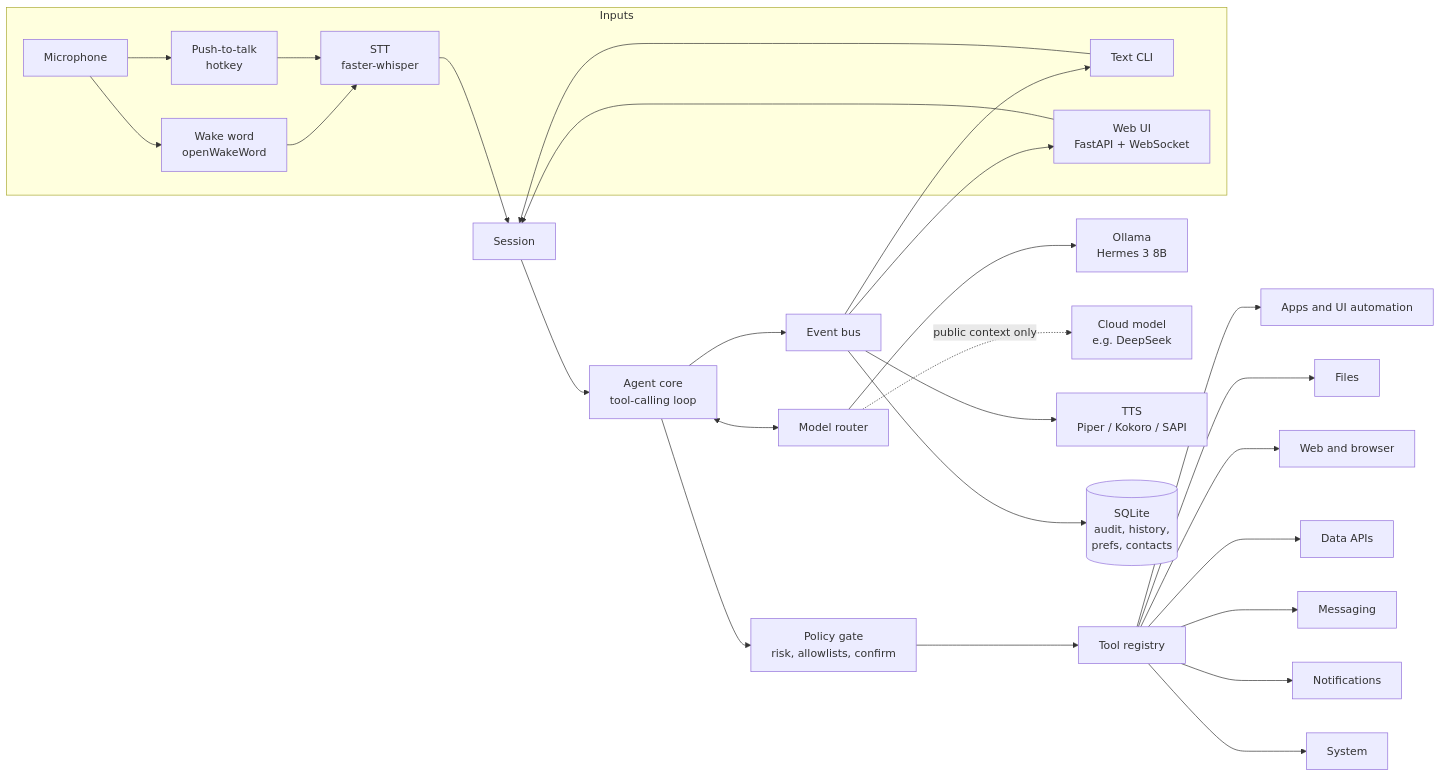
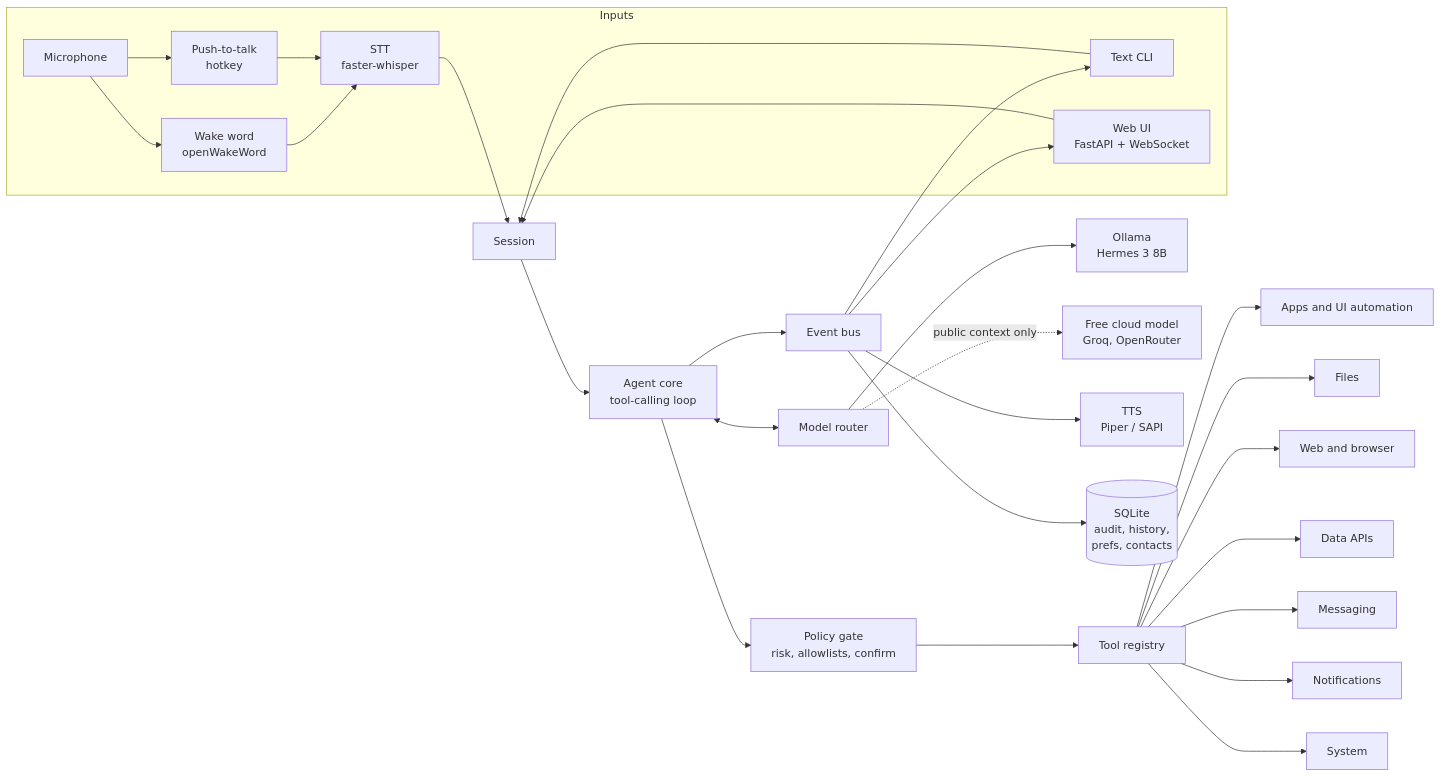
Before and after one commit to PreeyasTumulu/JARVIS: the first of 3 diagrams in docs/ARCHITECTURE.md, drawn with Mermaid. The commit also changed other lines of this file and 6 other files, not shown here.

````diff
--- a/docs/ARCHITECTURE.md
+++ b/docs/ARCHITECTURE.md
@@ -24,33 +24,33 @@
 ```mermaid
 flowchart LR
   subgraph Inputs
     MIC[Microphone] --> WW[Wake word<br/>openWakeWord]
     MIC --> PTT[Push-to-talk<br/>hotkey]
     WW --> STT[STT<br/>faster-whisper]
     PTT --> STT
     CLI[Text CLI]
     WEB[Web UI<br/>FastAPI + WebSocket]
   end
 
   STT --> SES[Session]
   CLI --> SES
   WEB --> SES
   SES --> AG[Agent core<br/>tool-calling loop]
   AG <--> RT[Model router]
   RT --> LOC[Ollama<br/>Hermes 3 8B]
-  RT -. public context only .-> CLD[Cloud model<br/>e.g. DeepSeek]
+  RT -. public context only .-> CLD[Free cloud model<br/>Groq, OpenRouter]
   AG --> POL[Policy gate<br/>risk, allowlists, confirm]
   POL --> REG[Tool registry]
   REG --> TA[Apps and UI automation]
   REG --> TF[Files]
   REG --> TW[Web and browser]
   REG --> TD[Data APIs]
   REG --> TM[Messaging]
   REG --> TN[Notifications]
   REG --> TS[System]
   AG --> BUS[Event bus]
   BUS --> WEB
   BUS --> CLI
-  BUS --> TTS[TTS<br/>Piper / Kokoro / SAPI]
+  BUS --> TTS[TTS<br/>Piper / SAPI]
   BUS --> DB[(SQLite<br/>audit, history,<br/>prefs, contacts)]
 ```
````
